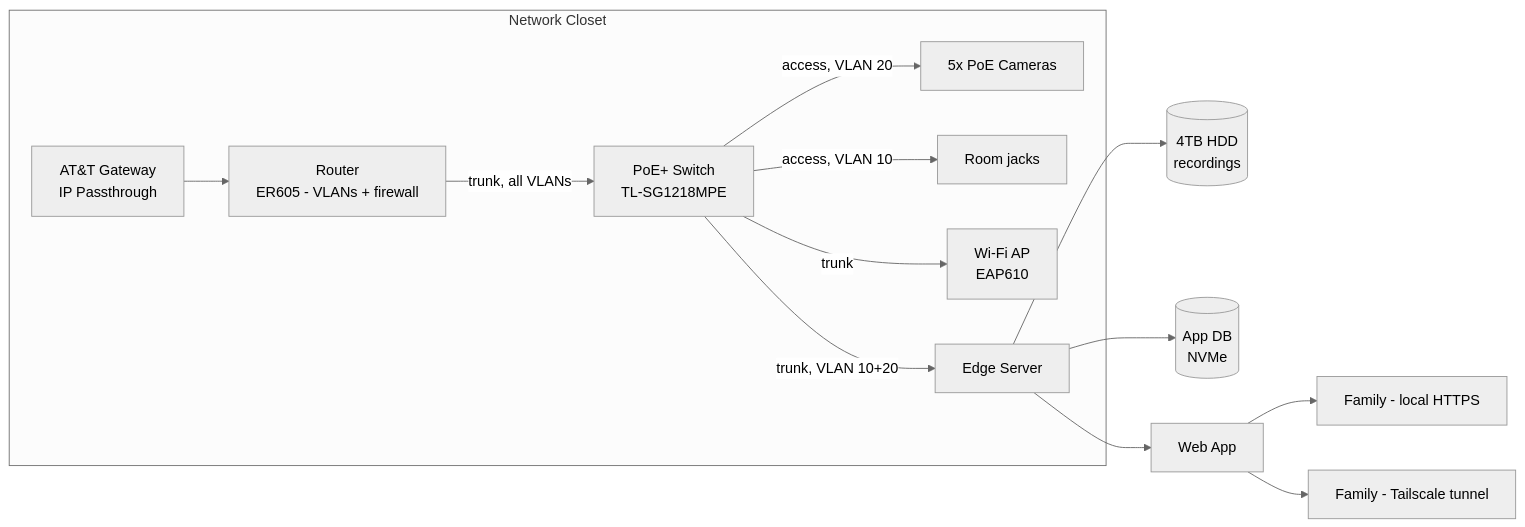
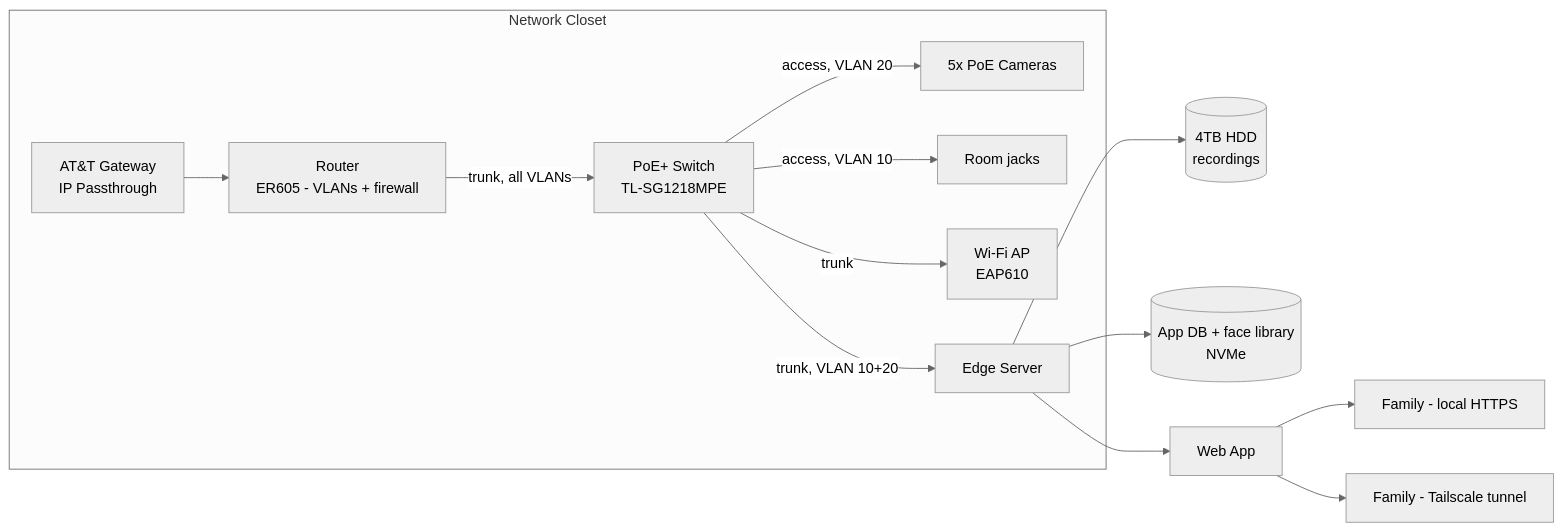
The first of 2 diagrams in README.md (abdullahw1/adu-smart-system), drawn with Mermaid (neutral theme) before and after one commit. The commit also changed other lines of this file and 6 other files, not shown here.

````diff
--- a/README.md
+++ b/README.md
@@ -106,16 +120,16 @@
 ```mermaid
 flowchart LR
     subgraph Closet["Network Closet"]
         GW[AT&T Gateway<br/>IP Passthrough] --> RT[Router<br/>ER605 - VLANs + firewall]
         RT -->|trunk, all VLANs| SW[PoE+ Switch<br/>TL-SG1218MPE]
         SW -->|access, VLAN 20| CAM[5x PoE Cameras]
         SW -->|access, VLAN 10| JACK[Room jacks]
         SW -->|trunk| AP[Wi-Fi AP<br/>EAP610]
         SW -->|trunk, VLAN 10+20| EDGE[Edge Server]
     end
     EDGE --> HDD[(4TB HDD<br/>recordings)]
-    EDGE --> DB[(App DB<br/>NVMe)]
+    EDGE --> DB[(App DB + face library<br/>NVMe)]
     EDGE --> APP[Web App]
     APP --> LOCAL[Family - local HTTPS]
     APP --> REMOTE[Family - Tailscale tunnel]
 ```
````
